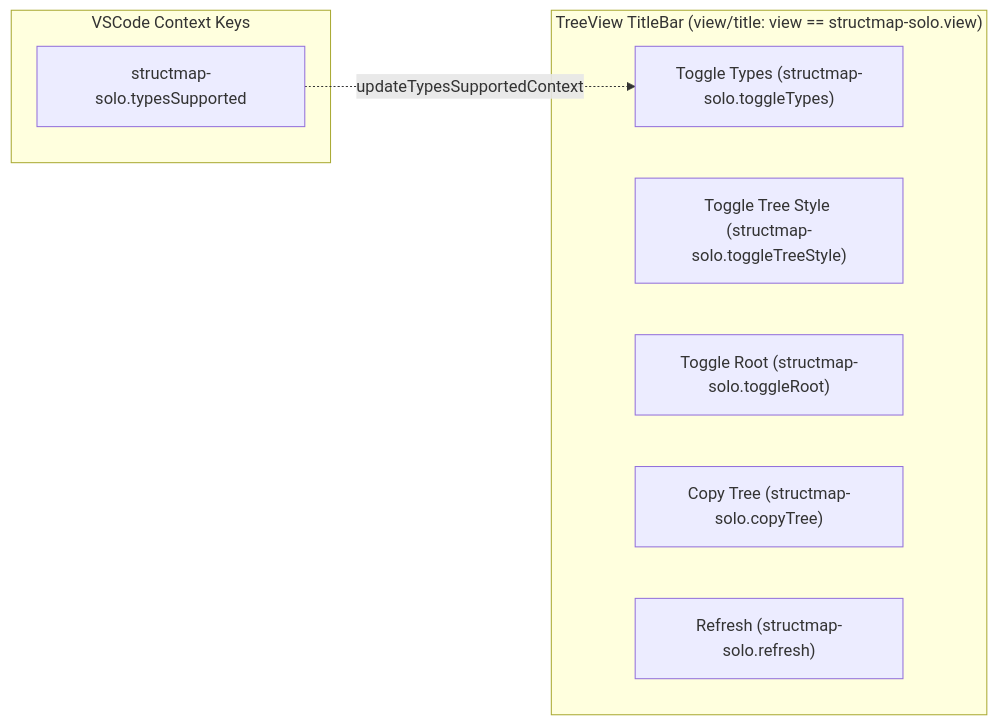
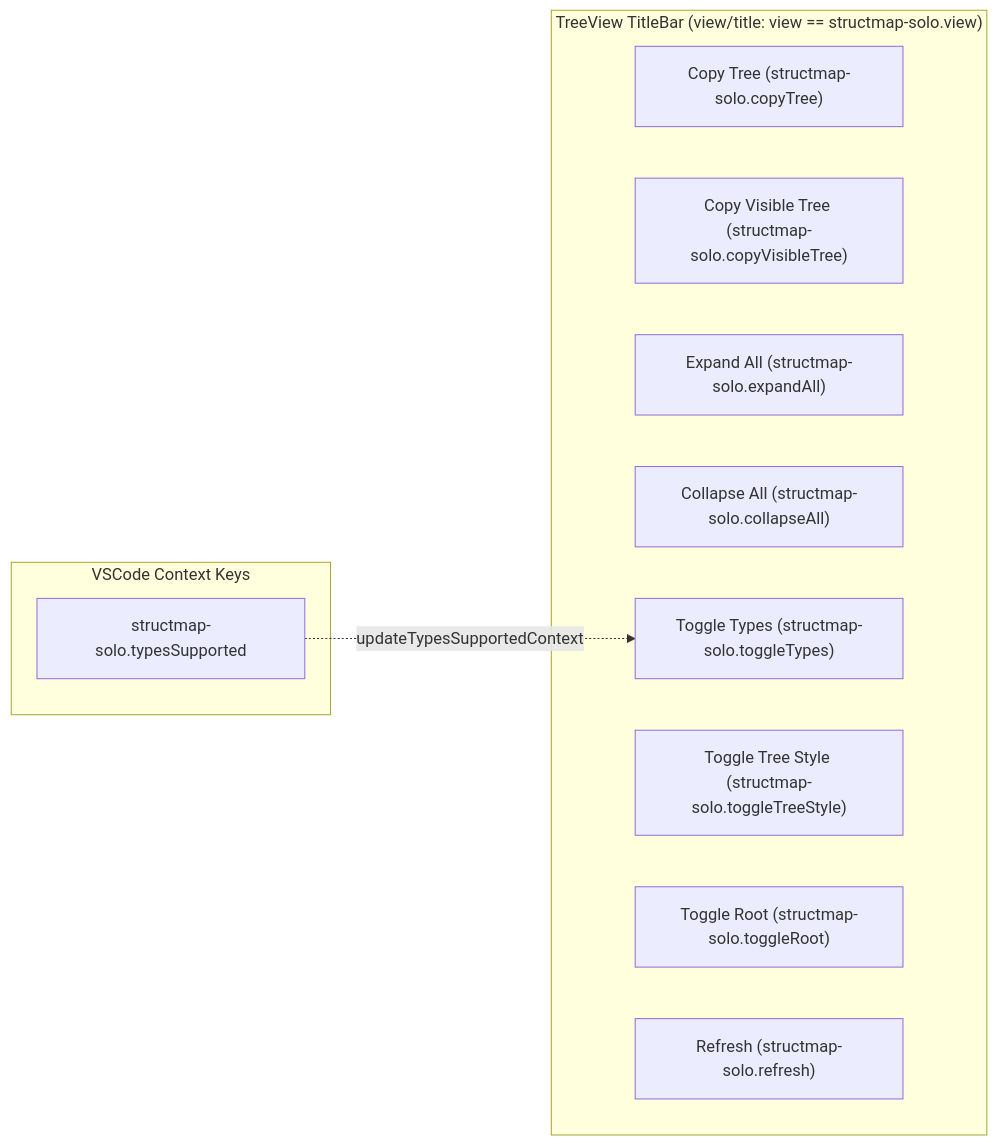
One commit to masanori-satake/StructMap-Solo changed the second of 3 diagrams in docs/VIEWSTATE_AND_CONFIG.md. Above: the diagram before and after it, drawn with Mermaid. The commit also changed 16 other files, not shown here.

First line of the commit message:
feat: Copy Visible Tree 機能を実装 (#41)

````diff
--- a/docs/VIEWSTATE_AND_CONFIG.md
+++ b/docs/VIEWSTATE_AND_CONFIG.md
@@ -70,16 +70,19 @@
 ```mermaid
 graph LR
     subgraph TitleBar ["TreeView TitleBar (view/title: view == structmap-solo.view)"]
+        BtnCopy["Copy Tree (structmap-solo.copyTree)"]
+        BtnCopyVis["Copy Visible Tree (structmap-solo.copyVisibleTree)"]
+        BtnExpand["Expand All (structmap-solo.expandAll)"]
+        BtnCollapse["Collapse All (structmap-solo.collapseAll)"]
         BtnTypes["Toggle Types (structmap-solo.toggleTypes)"]
         BtnStyle["Toggle Tree Style (structmap-solo.toggleTreeStyle)"]
         BtnRoot["Toggle Root (structmap-solo.toggleRoot)"]
-        BtnCopy["Copy Tree (structmap-solo.copyTree)"]
         BtnRefresh["Refresh (structmap-solo.refresh)"]
     end
 
     subgraph ContextKeys ["VSCode Context Keys"]
         CKTypes["structmap-solo.typesSupported"]
     end
 
     CKTypes -.->|updateTypesSupportedContext| BtnTypes
 ```
````
